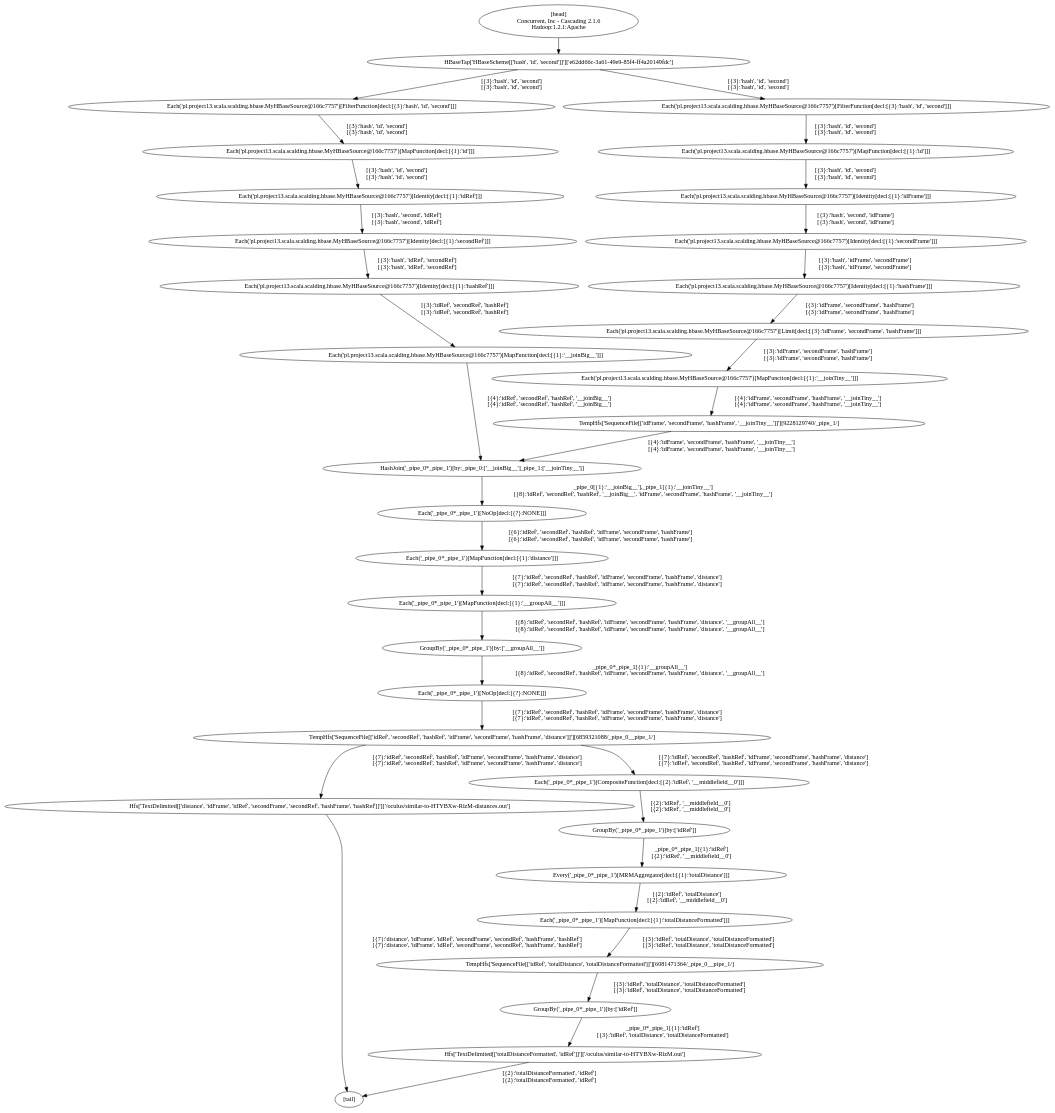
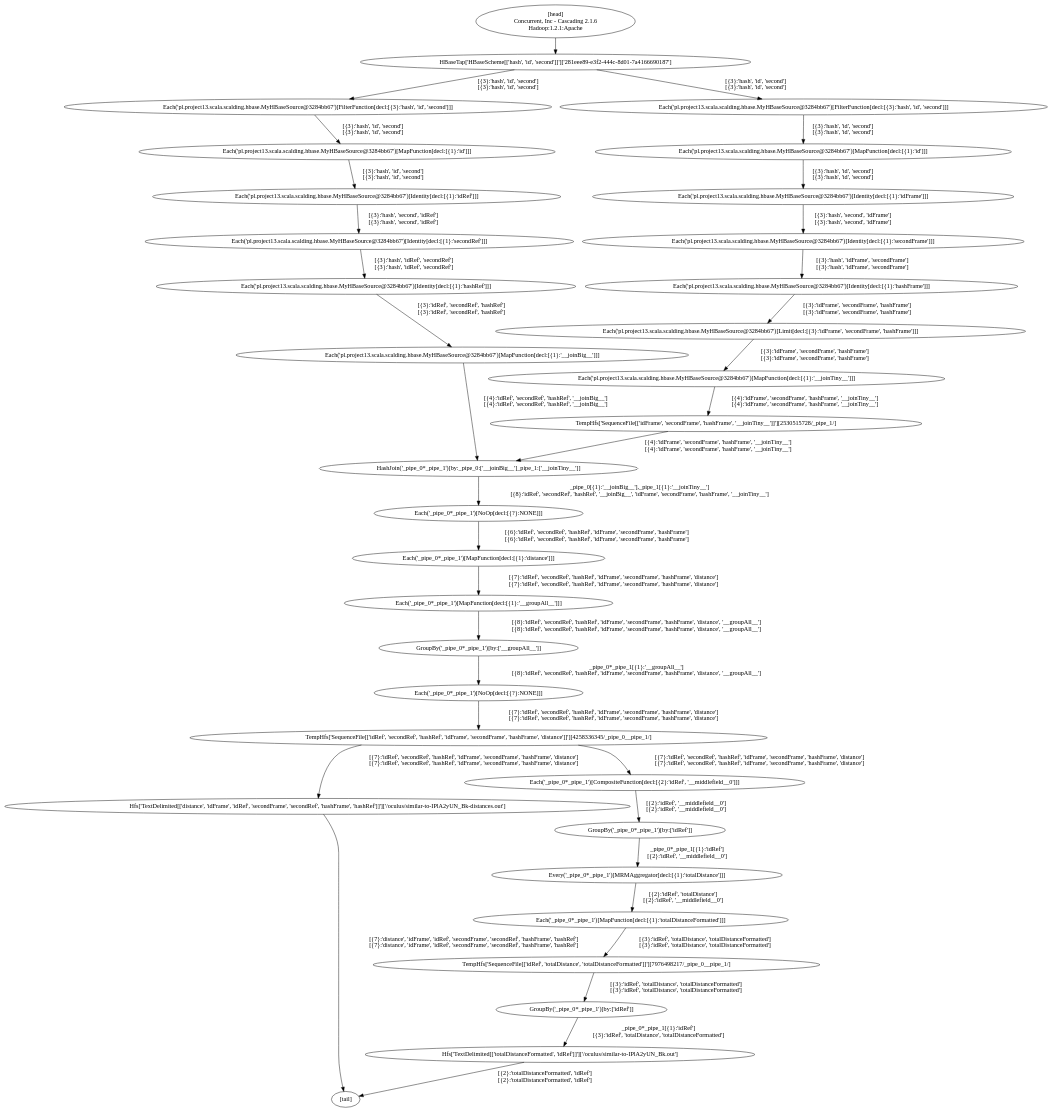
One commit to ktoso/oculus changed the diagram in FindSimilarMoviesJob.dot. Above: the diagram before and after it, drawn with Graphviz. The commit also changed 2 other files, not shown here.

```diff
--- a/FindSimilarMoviesJob.dot
+++ b/FindSimilarMoviesJob.dot
@@ -1,67 +1,67 @@
 digraph G {
-  1 [label = "Hfs['TextDelimited[['distance', 'idFrame', 'idRef', 'secondFrame', 'secondRef', 'hashFrame', 'hashRef']]']['/oculus/similar-to-HTYBXw-RlzM-distances.out']"];
+  1 [label = "Hfs['TextDelimited[['distance', 'idFrame', 'idRef', 'secondFrame', 'secondRef', 'hashFrame', 'hashRef']]']['/oculus/similar-to-IPlA2yUN_Bk-distances.out']"];
   2 [label = "Each('_pipe_0*_pipe_1')[NoOp[decl:[{?}:NONE]]]"];
   3 [label = "GroupBy('_pipe_0*_pipe_1')[by:['__groupAll__']]"];
   4 [label = "Each('_pipe_0*_pipe_1')[MapFunction[decl:[{1}:'__groupAll__']]]"];
   5 [label = "Each('_pipe_0*_pipe_1')[MapFunction[decl:[{1}:'distance']]]"];
   6 [label = "Each('_pipe_0*_pipe_1')[NoOp[decl:[{?}:NONE]]]"];
   7 [label = "HashJoin('_pipe_0*_pipe_1')[by:_pipe_0:['__joinBig__']_pipe_1:['__joinTiny__']]"];
-  8 [label = "Each('pl.project13.scala.scalding.hbase.MyHBaseSource@166c7757')[MapFunction[decl:[{1}:'__joinBig__']]]"];
-  9 [label = "Each('pl.project13.scala.scalding.hbase.MyHBaseSource@166c7757')[Identity[decl:[{1}:'hashRef']]]"];
-  10 [label = "Each('pl.project13.scala.scalding.hbase.MyHBaseSource@166c7757')[Identity[decl:[{1}:'secondRef']]]"];
-  11 [label = "Each('pl.project13.scala.scalding.hbase.MyHBaseSource@166c7757')[Identity[decl:[{1}:'idRef']]]"];
-  12 [label = "Each('pl.project13.scala.scalding.hbase.MyHBaseSource@166c7757')[MapFunction[decl:[{1}:'id']]]"];
-  13 [label = "Each('pl.project13.scala.scalding.hbase.MyHBaseSource@166c7757')[FilterFunction[decl:[{3}:'hash', 'id', 'second']]]"];
-  14 [label = "HBaseTap['HBaseScheme[['hash', 'id', 'second']]']['e62dd66c-3a61-49e9-85f4-ff4a20149fdc']"];
-  15 [label = "Each('pl.project13.scala.scalding.hbase.MyHBaseSource@166c7757')[MapFunction[decl:[{1}:'__joinTiny__']]]"];
-  16 [label = "Each('pl.project13.scala.scalding.hbase.MyHBaseSource@166c7757')[Limit[decl:[{3}:'idFrame', 'secondFrame', 'hashFrame']]]"];
-  17 [label = "Each('pl.project13.scala.scalding.hbase.MyHBaseSource@166c7757')[Identity[decl:[{1}:'hashFrame']]]"];
-  18 [label = "Each('pl.project13.scala.scalding.hbase.MyHBaseSource@166c7757')[Identity[decl:[{1}:'secondFrame']]]"];
-  19 [label = "Each('pl.project13.scala.scalding.hbase.MyHBaseSource@166c7757')[Identity[decl:[{1}:'idFrame']]]"];
-  20 [label = "Each('pl.project13.scala.scalding.hbase.MyHBaseSource@166c7757')[MapFunction[decl:[{1}:'id']]]"];
-  21 [label = "Each('pl.project13.scala.scalding.hbase.MyHBaseSource@166c7757')[FilterFunction[decl:[{3}:'hash', 'id', 'second']]]"];
-  22 [label = "Hfs['TextDelimited[['totalDistanceFormatted', 'idRef']]']['/oculus/similar-to-HTYBXw-RlzM.out']"];
+  8 [label = "Each('pl.project13.scala.scalding.hbase.MyHBaseSource@3284bb67')[MapFunction[decl:[{1}:'__joinBig__']]]"];
+  9 [label = "Each('pl.project13.scala.scalding.hbase.MyHBaseSource@3284bb67')[Identity[decl:[{1}:'hashRef']]]"];
+  10 [label = "Each('pl.project13.scala.scalding.hbase.MyHBaseSource@3284bb67')[Identity[decl:[{1}:'secondRef']]]"];
+  11 [label = "Each('pl.project13.scala.scalding.hbase.MyHBaseSource@3284bb67')[Identity[decl:[{1}:'idRef']]]"];
+  12 [label = "Each('pl.project13.scala.scalding.hbase.MyHBaseSource@3284bb67')[MapFunction[decl:[{1}:'id']]]"];
+  13 [label = "Each('pl.project13.scala.scalding.hbase.MyHBaseSource@3284bb67')[FilterFunction[decl:[{3}:'hash', 'id', 'second']]]"];
+  14 [label = "HBaseTap['HBaseScheme[['hash', 'id', 'second']]']['281eee89-e3f2-444c-8d01-7a4166690187']"];
+  15 [label = "Each('pl.project13.scala.scalding.hbase.MyHBaseSource@3284bb67')[MapFunction[decl:[{1}:'__joinTiny__']]]"];
+  16 [label = "Each('pl.project13.scala.scalding.hbase.MyHBaseSource@3284bb67')[Limit[decl:[{3}:'idFrame', 'secondFrame', 'hashFrame']]]"];
+  17 [label = "Each('pl.project13.scala.scalding.hbase.MyHBaseSource@3284bb67')[Identity[decl:[{1}:'hashFrame']]]"];
+  18 [label = "Each('pl.project13.scala.scalding.hbase.MyHBaseSource@3284bb67')[Identity[decl:[{1}:'secondFrame']]]"];
+  19 [label = "Each('pl.project13.scala.scalding.hbase.MyHBaseSource@3284bb67')[Identity[decl:[{1}:'idFrame']]]"];
+  20 [label = "Each('pl.project13.scala.scalding.hbase.MyHBaseSource@3284bb67')[MapFunction[decl:[{1}:'id']]]"];
+  21 [label = "Each('pl.project13.scala.scalding.hbase.MyHBaseSource@3284bb67')[FilterFunction[decl:[{3}:'hash', 'id', 'second']]]"];
+  22 [label = "Hfs['TextDelimited[['totalDistanceFormatted', 'idRef']]']['/oculus/similar-to-IPlA2yUN_Bk.out']"];
   23 [label = "GroupBy('_pipe_0*_pipe_1')[by:['idRef']]"];
   24 [label = "Each('_pipe_0*_pipe_1')[MapFunction[decl:[{1}:'totalDistanceFormatted']]]"];
   25 [label = "Every('_pipe_0*_pipe_1')[MRMAggregator[decl:[{1}:'totalDistance']]]"];
   26 [label = "GroupBy('_pipe_0*_pipe_1')[by:['idRef']]"];
   27 [label = "Each('_pipe_0*_pipe_1')[CompositeFunction[decl:[{2}:'idRef', '__middlefield__0']]]"];
   28 [label = "[head]\nConcurrent, Inc - Cascading 2.1.6\nHadoop:1.2.1:Apache"];
   29 [label = "[tail]"];
-  30 [label = "TempHfs['SequenceFile[['idRef', 'secondRef', 'hashRef', 'idFrame', 'secondFrame', 'hashFrame', 'distance']]'][6859321088/_pipe_0__pipe_1/]"];
-  31 [label = "TempHfs['SequenceFile[['idRef', 'totalDistance', 'totalDistanceFormatted']]'][6081471364/_pipe_0__pipe_1/]"];
-  32 [label = "TempHfs['SequenceFile[['idFrame', 'secondFrame', 'hashFrame', '__joinTiny__']]'][9228129740/_pipe_1/]"];
+  30 [label = "TempHfs['SequenceFile[['idRef', 'secondRef', 'hashRef', 'idFrame', 'secondFrame', 'hashFrame', 'distance']]'][4258336345/_pipe_0__pipe_1/]"];
+  31 [label = "TempHfs['SequenceFile[['idRef', 'totalDistance', 'totalDistanceFormatted']]'][7976498217/_pipe_0__pipe_1/]"];
+  32 [label = "TempHfs['SequenceFile[['idFrame', 'secondFrame', 'hashFrame', '__joinTiny__']]'][2530515728/_pipe_1/]"];
   13 -> 12 [label = "[{3}:'hash', 'id', 'second']\n[{3}:'hash', 'id', 'second']"];
   12 -> 11 [label = "[{3}:'hash', 'id', 'second']\n[{3}:'hash', 'id', 'second']"];
   11 -> 10 [label = "[{3}:'hash', 'second', 'idRef']\n[{3}:'hash', 'second', 'idRef']"];
   10 -> 9 [label = "[{3}:'hash', 'idRef', 'secondRef']\n[{3}:'hash', 'idRef', 'secondRef']"];
   9 -> 8 [label = "[{3}:'idRef', 'secondRef', 'hashRef']\n[{3}:'idRef', 'secondRef', 'hashRef']"];
   21 -> 20 [label = "[{3}:'hash', 'id', 'second']\n[{3}:'hash', 'id', 'second']"];
   20 -> 19 [label = "[{3}:'hash', 'id', 'second']\n[{3}:'hash', 'id', 'second']"];
   19 -> 18 [label = "[{3}:'hash', 'second', 'idFrame']\n[{3}:'hash', 'second', 'idFrame']"];
   18 -> 17 [label = "[{3}:'hash', 'idFrame', 'secondFrame']\n[{3}:'hash', 'idFrame', 'secondFrame']"];
   17 -> 16 [label = "[{3}:'idFrame', 'secondFrame', 'hashFrame']\n[{3}:'idFrame', 'secondFrame', 'hashFrame']"];
   16 -> 15 [label = "[{3}:'idFrame', 'secondFrame', 'hashFrame']\n[{3}:'idFrame', 'secondFrame', 'hashFrame']"];
   7 -> 6 [label = "_pipe_0[{1}:'__joinBig__'],_pipe_1[{1}:'__joinTiny__']\n[{8}:'idRef', 'secondRef', 'hashRef', '__joinBig__', 'idFrame', 'secondFrame', 'hashFrame', '__joinTiny__']"];
   6 -> 5 [label = "[{6}:'idRef', 'secondRef', 'hashRef', 'idFrame', 'secondFrame', 'hashFrame']\n[{6}:'idRef', 'secondRef', 'hashRef', 'idFrame', 'secondFrame', 'hashFrame']"];
   5 -> 4 [label = "[{7}:'idRef', 'secondRef', 'hashRef', 'idFrame', 'secondFrame', 'hashFrame', 'distance']\n[{7}:'idRef', 'secondRef', 'hashRef', 'idFrame', 'secondFrame', 'hashFrame', 'distance']"];
   4 -> 3 [label = "[{8}:'idRef', 'secondRef', 'hashRef', 'idFrame', 'secondFrame', 'hashFrame', 'distance', '__groupAll__']\n[{8}:'idRef', 'secondRef', 'hashRef', 'idFrame', 'secondFrame', 'hashFrame', 'distance', '__groupAll__']"];
   3 -> 2 [label = "_pipe_0*_pipe_1[{1}:'__groupAll__']\n[{8}:'idRef', 'secondRef', 'hashRef', 'idFrame', 'secondFrame', 'hashFrame', 'distance', '__groupAll__']"];
   27 -> 26 [label = "[{2}:'idRef', '__middlefield__0']\n[{2}:'idRef', '__middlefield__0']"];
   26 -> 25 [label = "_pipe_0*_pipe_1[{1}:'idRef']\n[{2}:'idRef', '__middlefield__0']"];
   25 -> 24 [label = "[{2}:'idRef', 'totalDistance']\n[{2}:'idRef', '__middlefield__0']"];
   28 -> 14 [label = ""];
+  22 -> 29 [label = "[{2}:'totalDistanceFormatted', 'idRef']\n[{2}:'totalDistanceFormatted', 'idRef']"];
   1 -> 29 [label = "[{7}:'distance', 'idFrame', 'idRef', 'secondFrame', 'secondRef', 'hashFrame', 'hashRef']\n[{7}:'distance', 'idFrame', 'idRef', 'secondFrame', 'secondRef', 'hashFrame', 'hashRef']"];
-  22 -> 29 [label = "[{2}:'totalDistanceFormatted', 'idRef']\n[{2}:'totalDistanceFormatted', 'idRef']"];
   2 -> 30 [label = "[{7}:'idRef', 'secondRef', 'hashRef', 'idFrame', 'secondFrame', 'hashFrame', 'distance']\n[{7}:'idRef', 'secondRef', 'hashRef', 'idFrame', 'secondFrame', 'hashFrame', 'distance']"];
   30 -> 27 [label = "[{7}:'idRef', 'secondRef', 'hashRef', 'idFrame', 'secondFrame', 'hashFrame', 'distance']\n[{7}:'idRef', 'secondRef', 'hashRef', 'idFrame', 'secondFrame', 'hashFrame', 'distance']"];
   24 -> 31 [label = "[{3}:'idRef', 'totalDistance', 'totalDistanceFormatted']\n[{3}:'idRef', 'totalDistance', 'totalDistanceFormatted']"];
   31 -> 23 [label = "[{3}:'idRef', 'totalDistance', 'totalDistanceFormatted']\n[{3}:'idRef', 'totalDistance', 'totalDistanceFormatted']"];
   32 -> 7 [label = "[{4}:'idFrame', 'secondFrame', 'hashFrame', '__joinTiny__']\n[{4}:'idFrame', 'secondFrame', 'hashFrame', '__joinTiny__']"];
   14 -> 13 [label = "[{3}:'hash', 'id', 'second']\n[{3}:'hash', 'id', 'second']"];
   14 -> 21 [label = "[{3}:'hash', 'id', 'second']\n[{3}:'hash', 'id', 'second']"];
   15 -> 32 [label = "[{4}:'idFrame', 'secondFrame', 'hashFrame', '__joinTiny__']\n[{4}:'idFrame', 'secondFrame', 'hashFrame', '__joinTiny__']"];
+  23 -> 22 [label = "_pipe_0*_pipe_1[{1}:'idRef']\n[{3}:'idRef', 'totalDistance', 'totalDistanceFormatted']"];
   30 -> 1 [label = "[{7}:'idRef', 'secondRef', 'hashRef', 'idFrame', 'secondFrame', 'hashFrame', 'distance']\n[{7}:'idRef', 'secondRef', 'hashRef', 'idFrame', 'secondFrame', 'hashFrame', 'distance']"];
-  23 -> 22 [label = "_pipe_0*_pipe_1[{1}:'idRef']\n[{3}:'idRef', 'totalDistance', 'totalDistanceFormatted']"];
   8 -> 7 [label = "[{4}:'idRef', 'secondRef', 'hashRef', '__joinBig__']\n[{4}:'idRef', 'secondRef', 'hashRef', '__joinBig__']"];
 }
```
